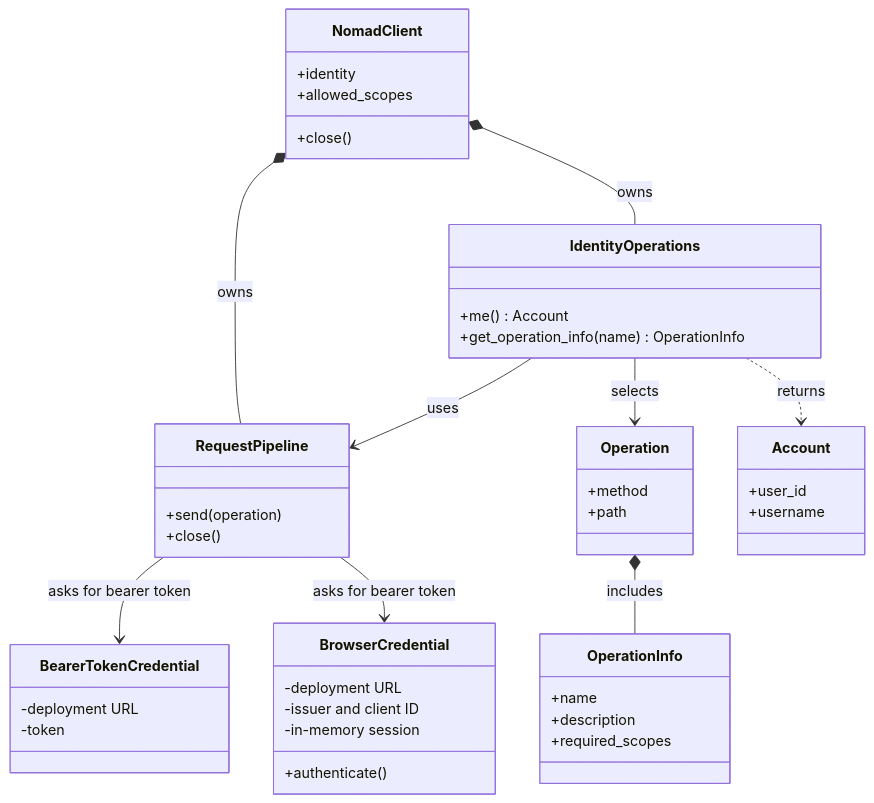
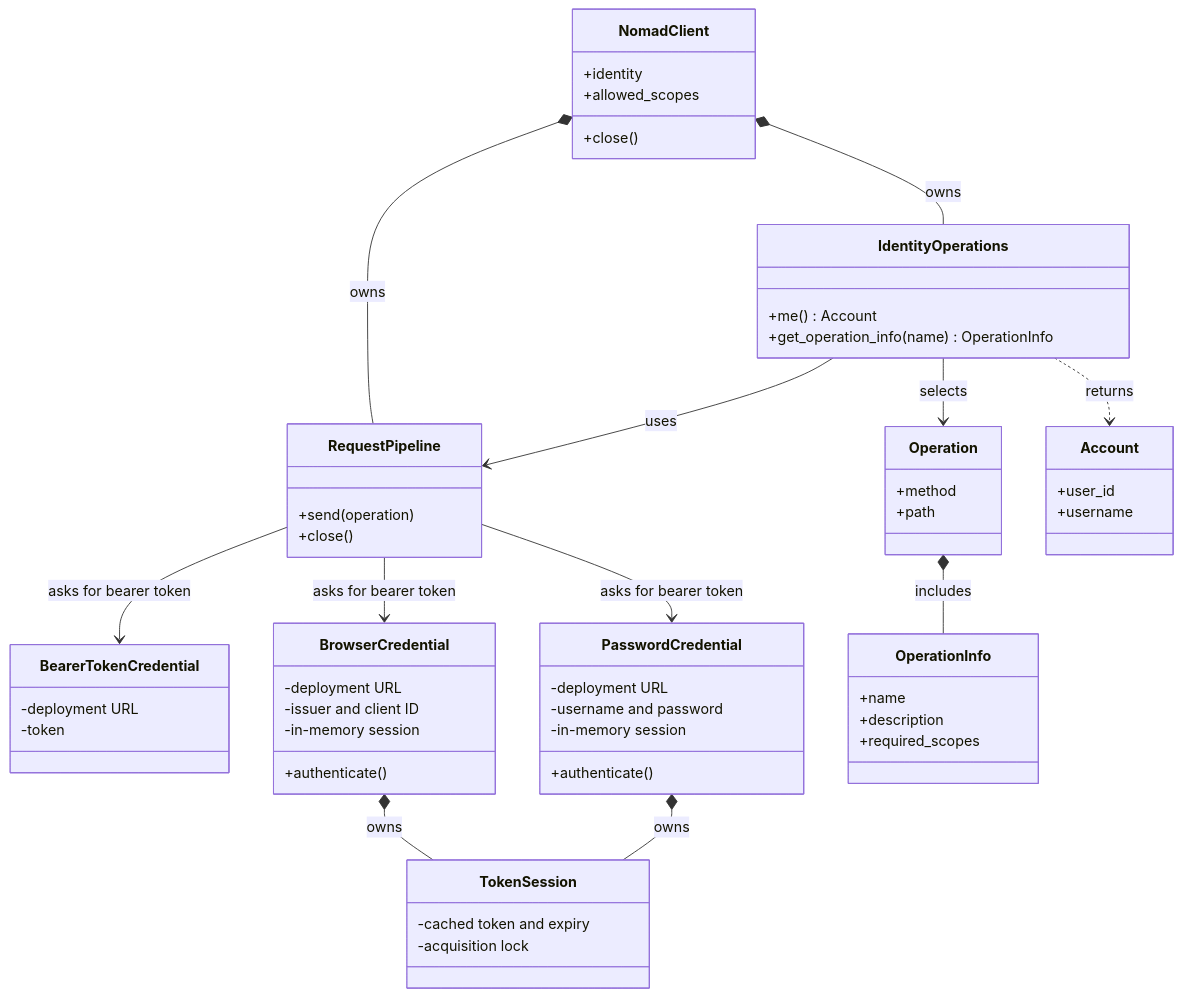
The first of 8 diagrams in docs/dev/identity/index.md (FAIRmat-NFDI/nomad-python-api), drawn with Mermaid before and after one commit. The commit also changed other lines of this file and 18 other files, not shown here.

First line of the commit message:
feat(auth)!: add password login and bind the client to its credential

````diff
--- a/docs/dev/identity/index.md
+++ b/docs/dev/identity/index.md
@@ -7,47 +7,60 @@
 ```mermaid
 classDiagram
     class NomadClient {
         +identity
         +allowed_scopes
         +close()
     }
     class IdentityOperations {
         +me() Account
         +get_operation_info(name) OperationInfo
     }
     class RequestPipeline {
         +send(operation)
         +close()
     }
     class BearerTokenCredential {
         -deployment URL
         -token
     }
     class BrowserCredential {
         -deployment URL
         -issuer and client ID
         -in-memory session
         +authenticate()
     }
+    class PasswordCredential {
+        -deployment URL
+        -username and password
+        -in-memory session
+        +authenticate()
+    }
+    class TokenSession {
+        -cached token and expiry
+        -acquisition lock
+    }
     class Operation {
         +method
         +path
     }
     class OperationInfo {
         +name
         +description
         +required_scopes
     }
     class Account {
         +user_id
         +username
     }
     NomadClient *-- IdentityOperations : owns
     NomadClient *-- RequestPipeline : owns
     IdentityOperations --> RequestPipeline : uses
     IdentityOperations --> Operation : selects
     RequestPipeline --> BearerTokenCredential : asks for bearer token
     RequestPipeline --> BrowserCredential : asks for bearer token
+    RequestPipeline --> PasswordCredential : asks for bearer token
+    BrowserCredential *-- TokenSession : owns
+    PasswordCredential *-- TokenSession : owns
     Operation *-- OperationInfo : includes
     IdentityOperations ..> Account : returns
 ```
````
